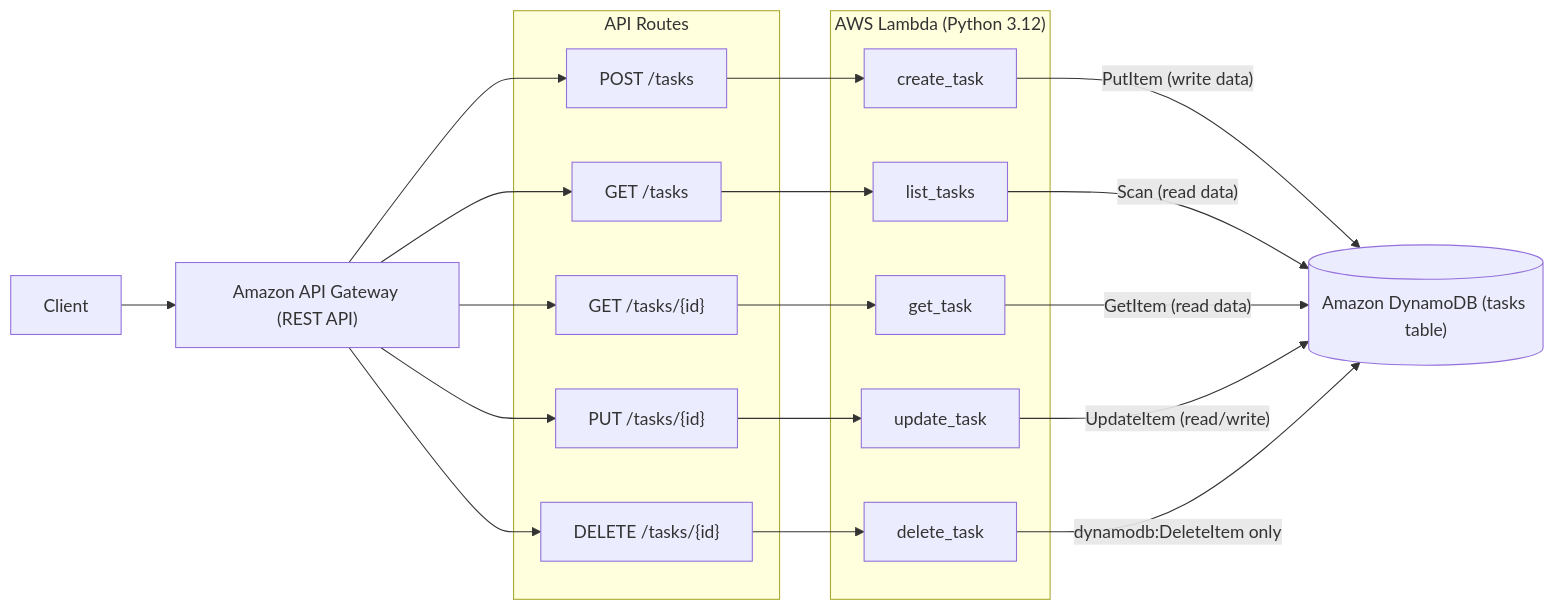
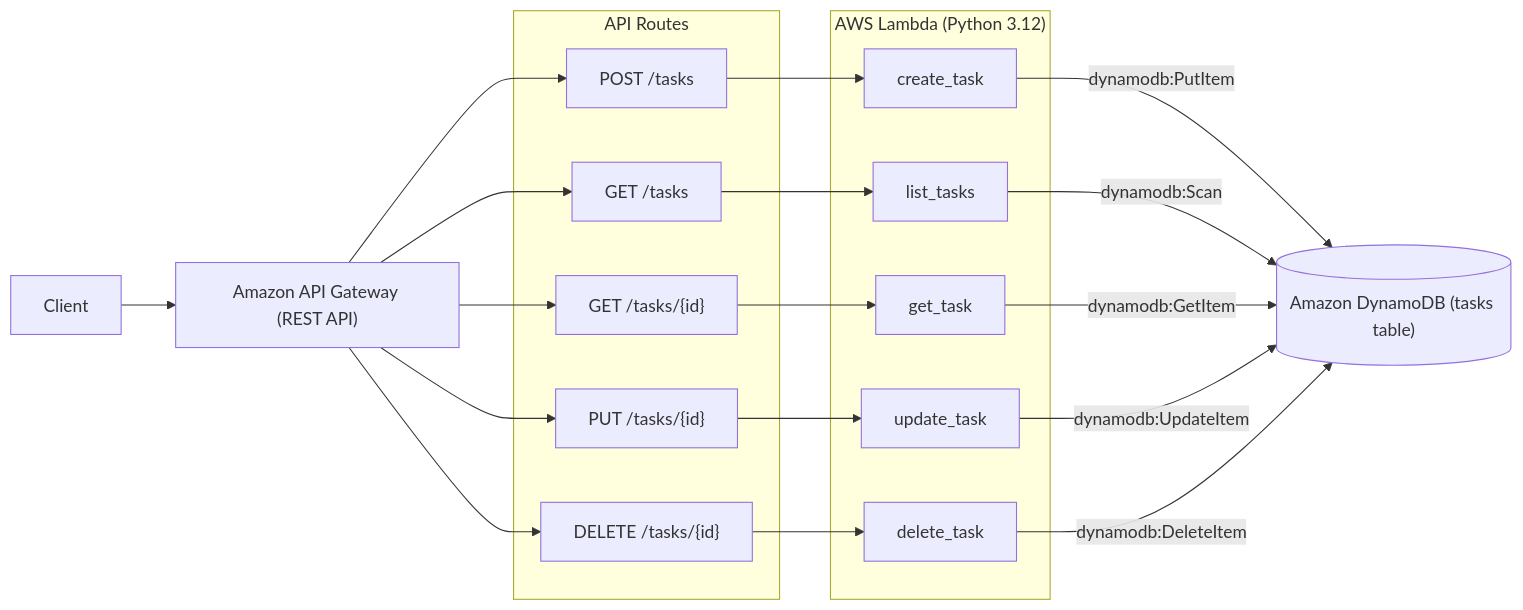
The diagram in README.md (lino2204/aws-cdk-task-tracker-api), drawn with Mermaid before and after one commit. The commit also changed 2 other files, not shown here.

Commit message:
Scope all Lambda IAM policies to exact single DynamoDB actions

````diff
--- a/README.md
+++ b/README.md
@@ -11,36 +11,36 @@
 ```mermaid
 flowchart LR
     Client["Client"] --> APIGW["Amazon API Gateway (REST API)"]
 
     subgraph Routes["API Routes"]
         R1["POST /tasks"]
         R2["GET /tasks"]
         R3["GET /tasks/{id}"]
         R4["PUT /tasks/{id}"]
         R5["DELETE /tasks/{id}"]
     end
 
     APIGW --> R1 & R2 & R3 & R4 & R5
 
     subgraph Lambdas["AWS Lambda (Python 3.12)"]
         L1["create_task"]
         L2["list_tasks"]
         L3["get_task"]
         L4["update_task"]
         L5["delete_task"]
     end
 
     R1 --> L1
     R2 --> L2
     R3 --> L3
     R4 --> L4
     R5 --> L5
 
     DDB[("Amazon DynamoDB (tasks table)")]
 
-    L1 -- "PutItem (write data)" --> DDB
-    L2 -- "Scan (read data)" --> DDB
-    L3 -- "GetItem (read data)" --> DDB
-    L4 -- "UpdateItem (read/write)" --> DDB
-    L5 -- "dynamodb:DeleteItem only" --> DDB
+    L1 -- "dynamodb:PutItem" --> DDB
+    L2 -- "dynamodb:Scan" --> DDB
+    L3 -- "dynamodb:GetItem" --> DDB
+    L4 -- "dynamodb:UpdateItem" --> DDB
+    L5 -- "dynamodb:DeleteItem" --> DDB
 ```
````
